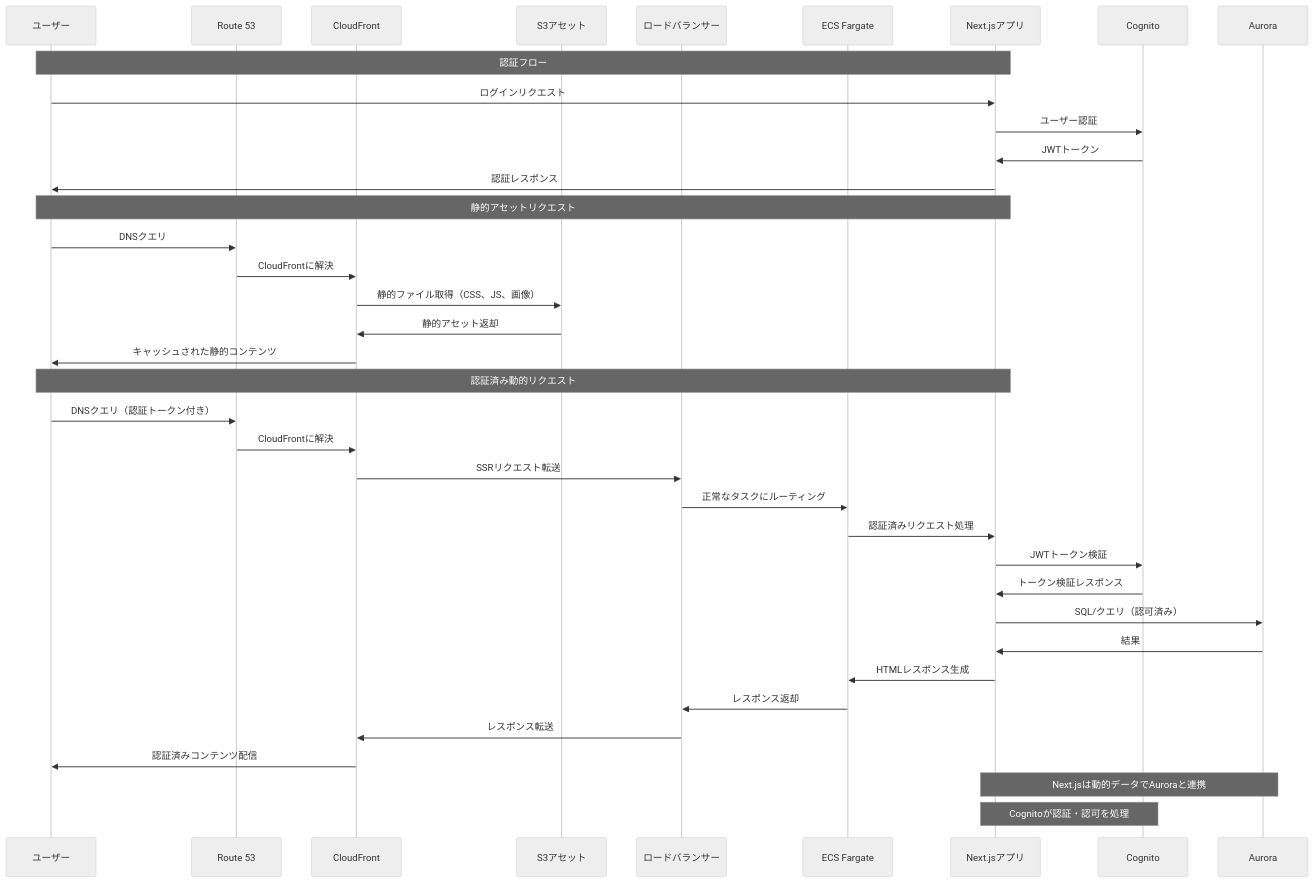
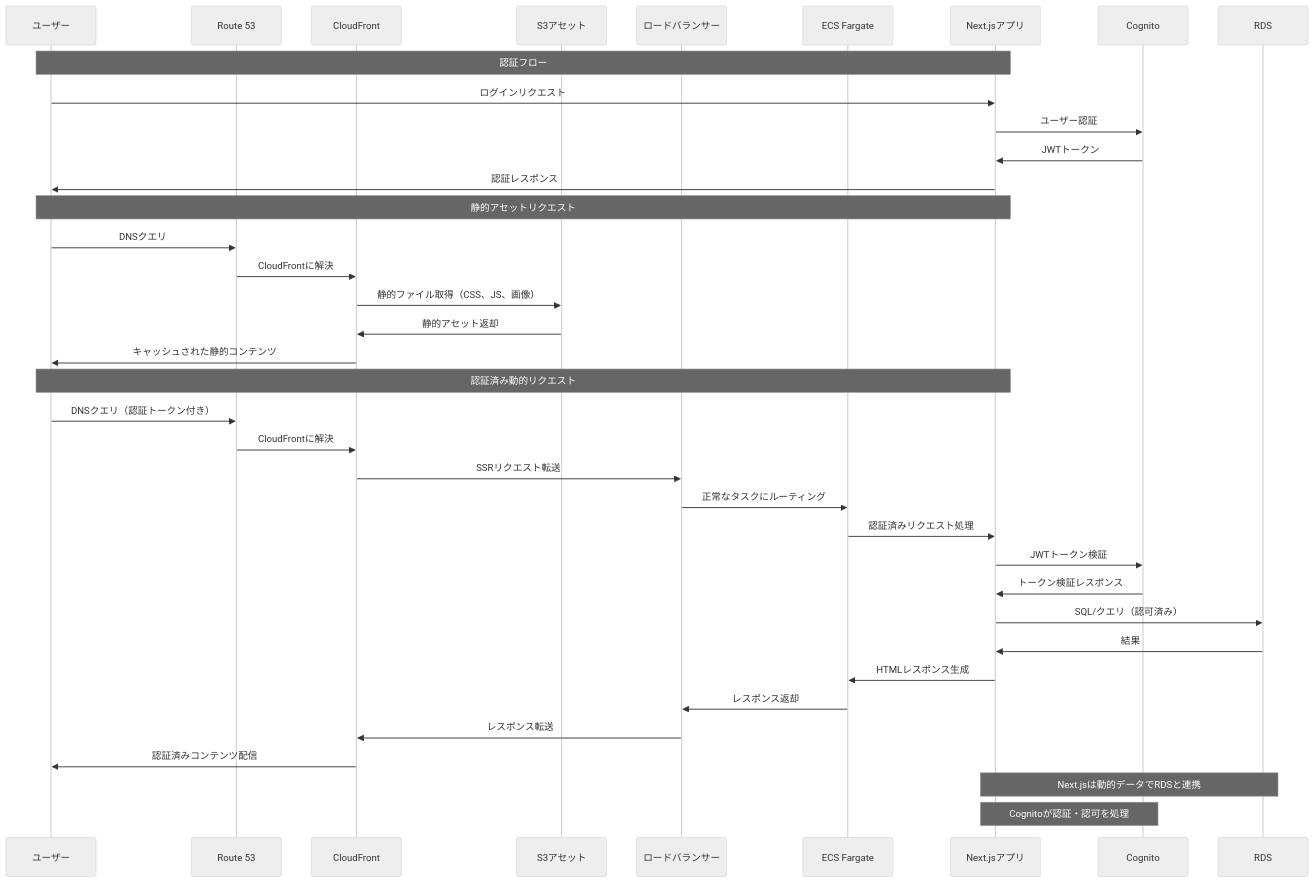
The second of 3 diagrams in README.md (IsCaster/nk-doc), drawn with Mermaid (neutral theme) before and after one commit. The commit also changed other lines of this file, not shown here.

````diff
--- a/README.md
+++ b/README.md
@@ -137,43 +137,43 @@
 ```mermaid
 sequenceDiagram
     participant User as ユーザー
     participant Route53 as Route 53
     participant CloudFront as CloudFront
     participant S3 as S3アセット
     participant ALB as ロードバランサー
     participant ECS as ECS Fargate
     participant NextJS as Next.jsアプリ
     participant Cognito as Cognito
-    participant Aurora as Aurora
+    participant RDS as RDS
 
     Note over User,NextJS: 認証フロー
     User->>NextJS: ログインリクエスト
     NextJS->>Cognito: ユーザー認証
     Cognito->>NextJS: JWTトークン
     NextJS->>User: 認証レスポンス
 
     Note over User,NextJS: 静的アセットリクエスト
     User->>Route53: DNSクエリ
     Route53->>CloudFront: CloudFrontに解決
     CloudFront->>S3: 静的ファイル取得（CSS、JS、画像）
     S3->>CloudFront: 静的アセット返却
     CloudFront->>User: キャッシュされた静的コンテンツ
 
     Note over User,NextJS: 認証済み動的リクエスト
     User->>Route53: DNSクエリ（認証トークン付き）
     Route53->>CloudFront: CloudFrontに解決
     CloudFront->>ALB: SSRリクエスト転送
     ALB->>ECS: 正常なタスクにルーティング
     ECS->>NextJS: 認証済みリクエスト処理
     NextJS->>Cognito: JWTトークン検証
     Cognito->>NextJS: トークン検証レスポンス
-    NextJS->>Aurora: SQL/クエリ（認可済み）
-    Aurora->>NextJS: 結果
+    NextJS->>RDS: SQL/クエリ（認可済み）
+    RDS->>NextJS: 結果
     NextJS->>ECS: HTMLレスポンス生成
     ECS->>ALB: レスポンス返却
     ALB->>CloudFront: レスポンス転送
     CloudFront->>User: 認証済みコンテンツ配信
 
-    Note over NextJS,Aurora: Next.jsは動的データでAuroraと連携
+    Note over NextJS,RDS: Next.jsは動的データでRDSと連携
     Note over NextJS,Cognito: Cognitoが認証・認可を処理
 ```
````
